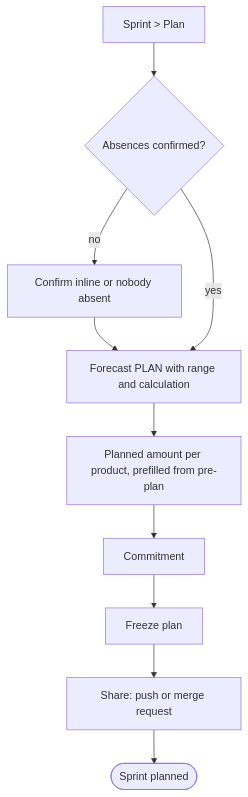
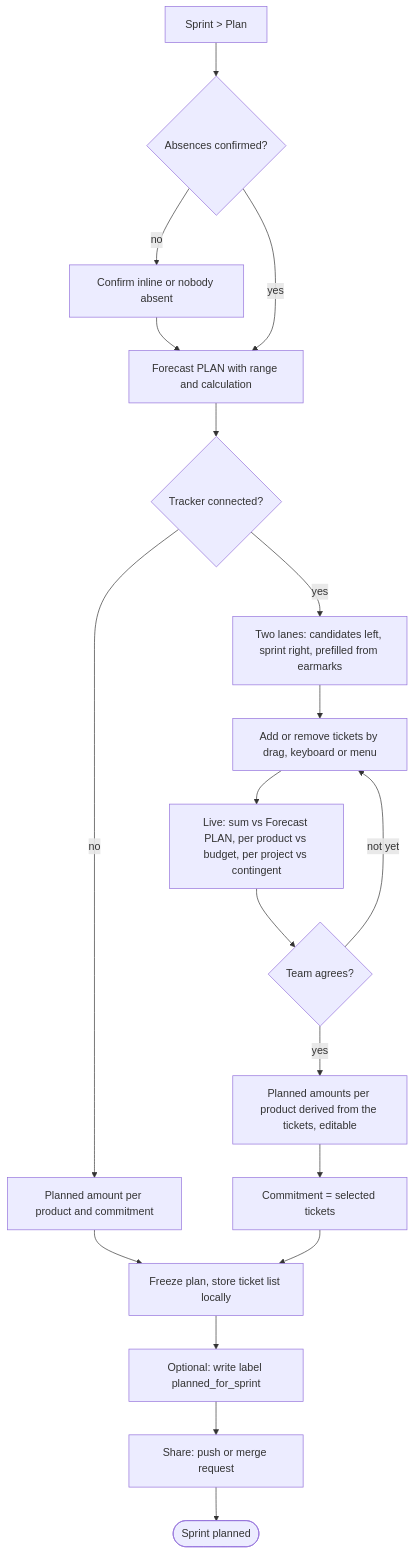
Before and after one commit to swallat/foresprint: the sixth of 10 diagrams in docs/redesign/flows.md, drawn with Mermaid. The commit also changed other lines of this file, not shown here.

First line of the commit message:
Plan sprints on tickets with live capacity when a tracker is connected; tracker links on every ticket

````diff
--- a/docs/redesign/flows.md
+++ b/docs/redesign/flows.md
@@ -184,11 +188,20 @@
 ```mermaid
 flowchart TD
   S[Sprint > Plan] --> A{Absences confirmed?}
   A -- no --> A1[Confirm inline or nobody absent] --> F
   A -- yes --> F[Forecast PLAN with range and calculation]
-  F --> P[Planned amount per product, prefilled from pre-plan]
-  P --> C[Commitment]
-  C --> Z[Freeze plan]
-  Z --> SH[Share: push or merge request]
+  F --> T{Tracker connected?}
+  T -- no --> P[Planned amount per product and commitment]
+  T -- yes --> L[Two lanes: candidates left, sprint right, prefilled from earmarks]
+  L --> M[Add or remove tickets by drag, keyboard or menu]
+  M --> G[Live: sum vs Forecast PLAN, per product vs budget, per project vs contingent]
+  G --> Q{Team agrees?}
+  Q -- not yet --> M
+  Q -- yes --> P2[Planned amounts per product derived from the tickets, editable]
+  P2 --> C[Commitment = selected tickets]
+  P --> Z
+  C --> Z[Freeze plan, store ticket list locally]
+  Z --> W[Optional: write label planned_for_sprint]
+  W --> SH[Share: push or merge request]
   SH --> D([Sprint planned])
 ```
````
